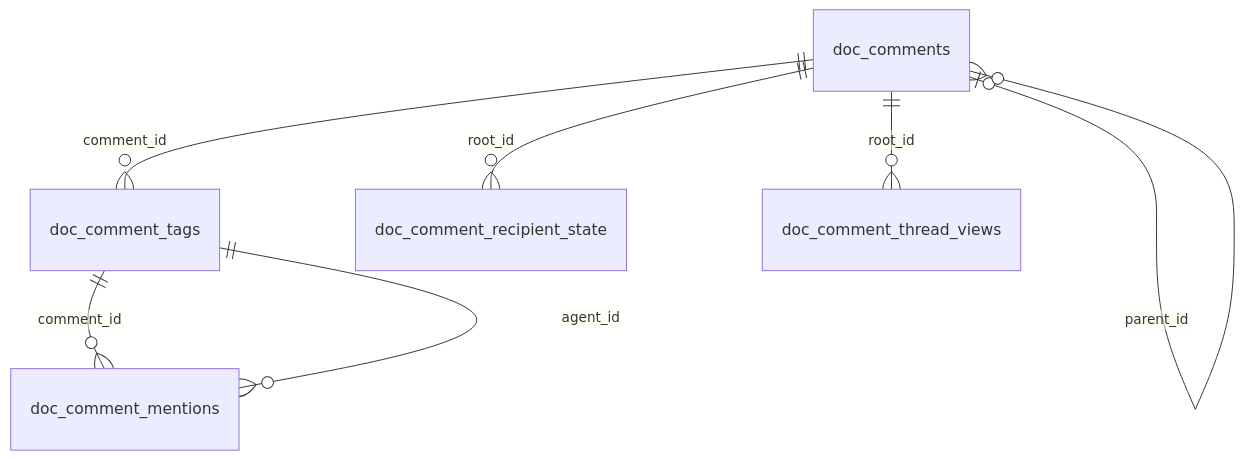
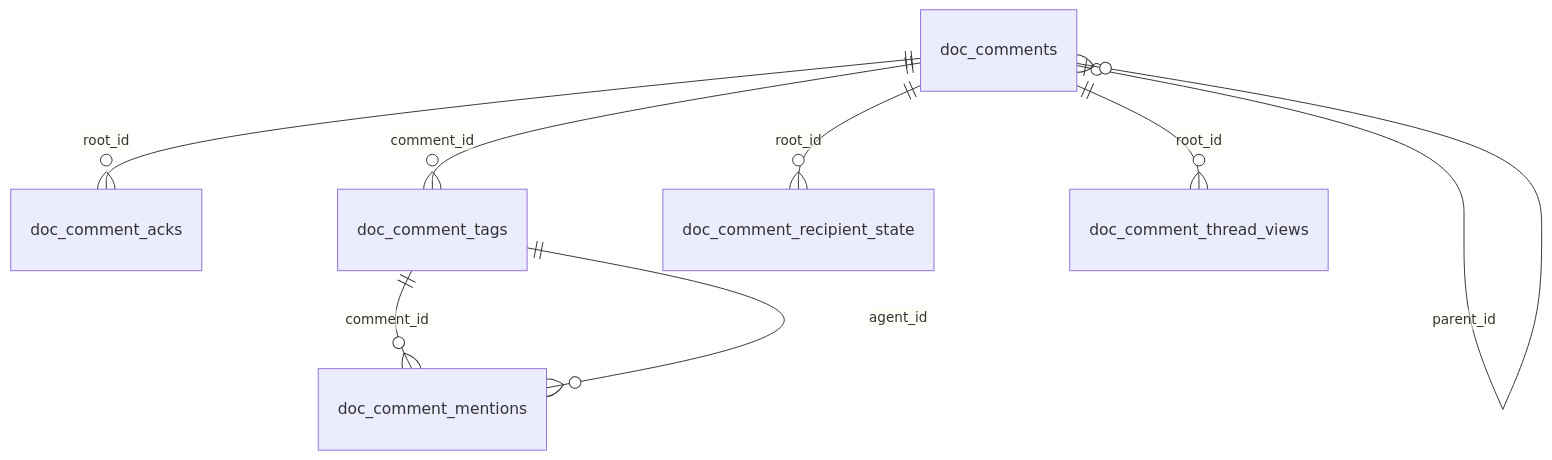
The second of 4 diagrams in docs/reference/data-model/documents-and-artifacts.md (cebertowicz/corsia), drawn with Mermaid before and after one commit. The commit also changed other lines of this file and 150 other files, not shown here.

````diff
--- a/docs/reference/data-model/documents-and-artifacts.md
+++ b/docs/reference/data-model/documents-and-artifacts.md
@@ -19,9 +19,10 @@
 ```mermaid
 erDiagram
+    doc_comments ||--o{ doc_comment_acks : root_id
     doc_comment_tags ||--o{ doc_comment_mentions : comment_id
     doc_comment_tags ||--o{ doc_comment_mentions : agent_id
     doc_comments ||--o{ doc_comment_recipient_state : root_id
     doc_comments ||--o{ doc_comment_tags : comment_id
     doc_comments ||--o{ doc_comment_thread_views : root_id
     doc_comments o|--o{ doc_comments : parent_id
 ```
````
